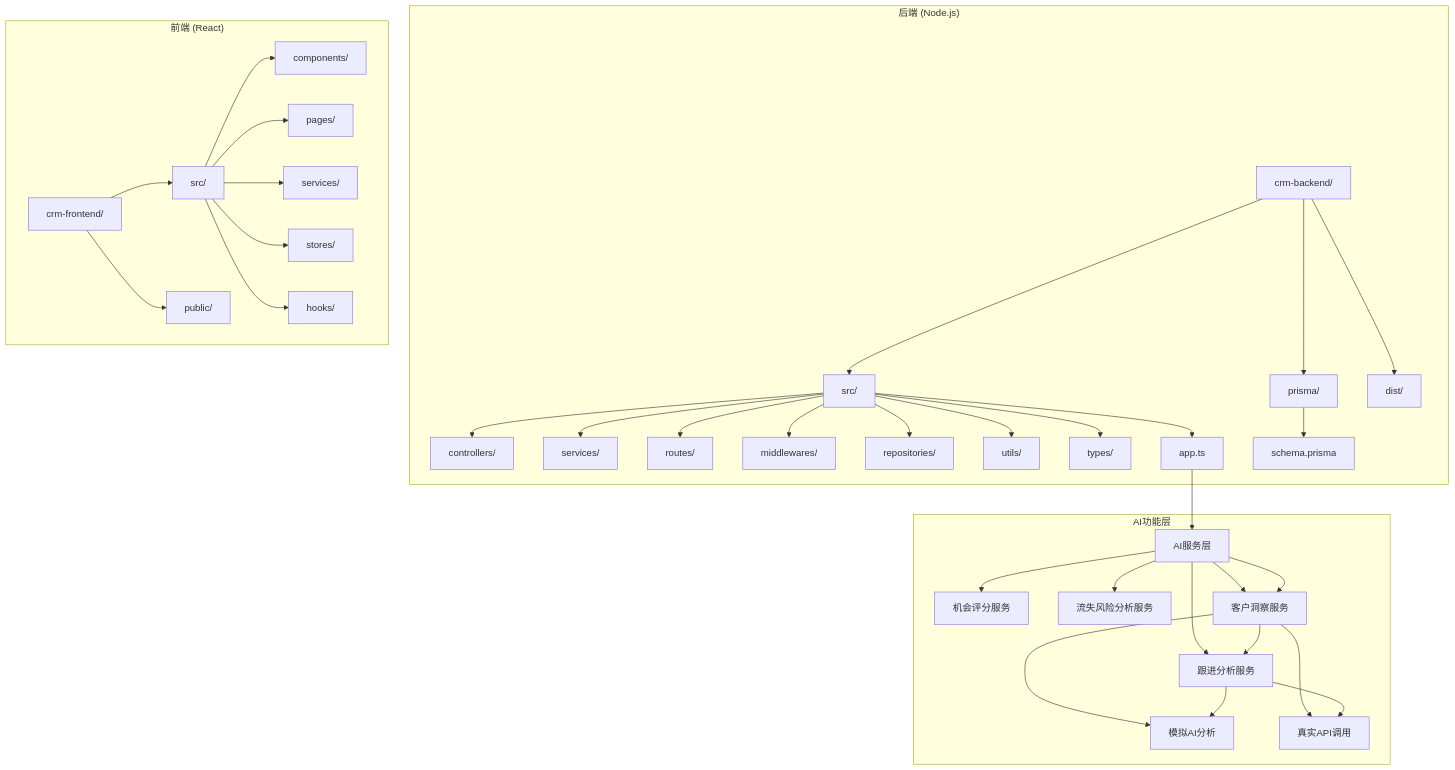
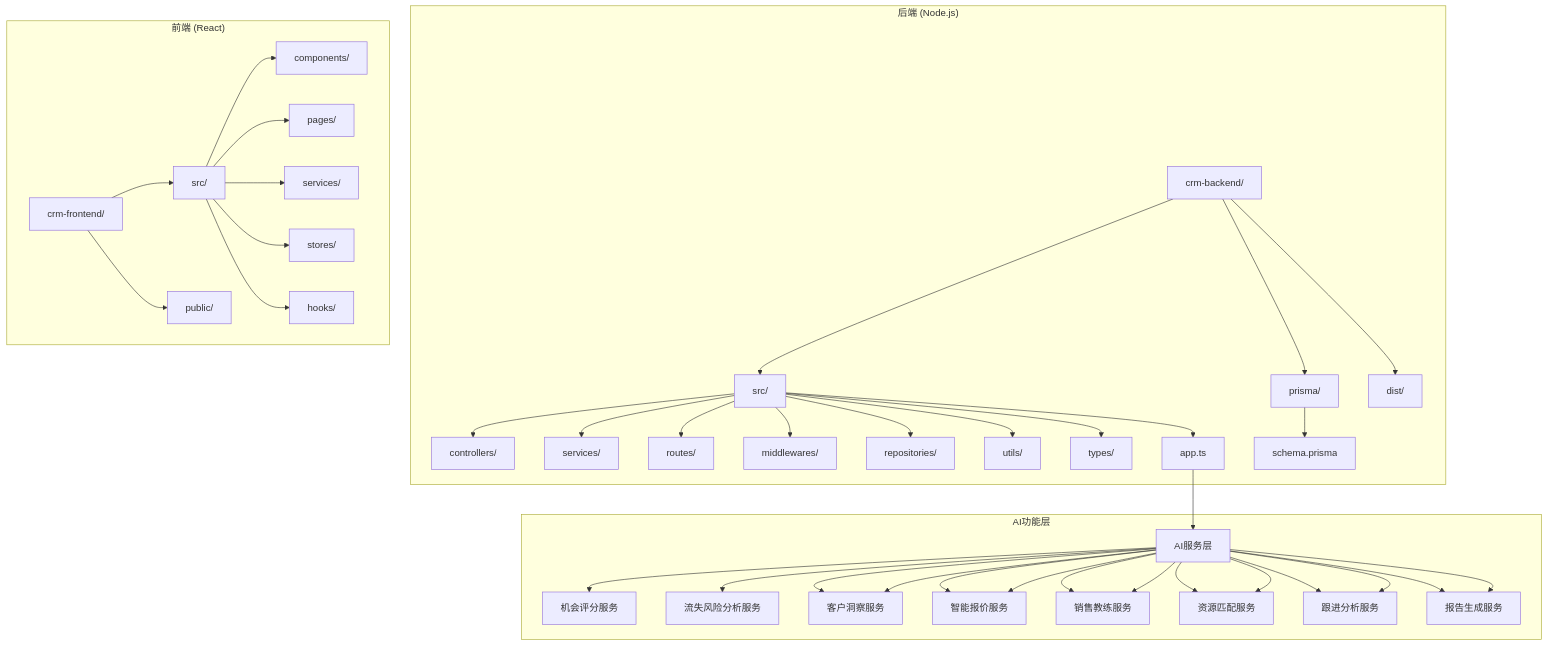
Before and after one commit to xianjianshenqu/SalesFlow-CRM: the first of 7 diagrams in .qoder/repowiki/zh/content/核心组件/AI助手.md, drawn with Mermaid. The commit also changed other lines of this file and 28 other files, not shown here.

````diff
--- a/.qoder/repowiki/zh/content/核心组件/AI助手.md
+++ b/.qoder/repowiki/zh/content/核心组件/AI助手.md
@@ -63,39 +70,43 @@
 ```mermaid
 graph TB
 subgraph "后端 (Node.js)"
 A[crm-backend/] --> B[src/]
 A --> C[prisma/]
 A --> D[dist/]
 B --> E[controllers/]
 B --> F[services/]
 B --> G[routes/]
 B --> H[middlewares/]
 B --> I[repositories/]
 B --> J[utils/]
 B --> K[types/]
 B --> L[app.ts]
 C --> M[schema.prisma]
 end
 subgraph "前端 (React)"
 N[crm-frontend/] --> O[src/]
 N --> P[public/]
 O --> Q[components/]
 O --> R[pages/]
 O --> S[services/]
 O --> T[stores/]
 O --> U[hooks/]
 end
 subgraph "AI功能层"
 V[AI服务层] --> W[机会评分服务]
 V --> X[流失风险分析服务]
 V --> Y[客户洞察服务]
-V --> Z[跟进分析服务]
-Y --> AA[模拟AI分析]
-Y --> AB[真实API调用]
+V --> Z[智能报价服务]
+V --> AA[销售教练服务]
+V --> AB[资源匹配服务]
+V --> AC[跟进分析服务]
+V --> AD[报告生成服务]
 end
 L --> V
 V --> Y
-Y --> Z
-Z --> AA
-Z --> AB
+V --> Z
+V --> AA
+V --> AB
+V --> AC
+V --> AD
 ```
````
